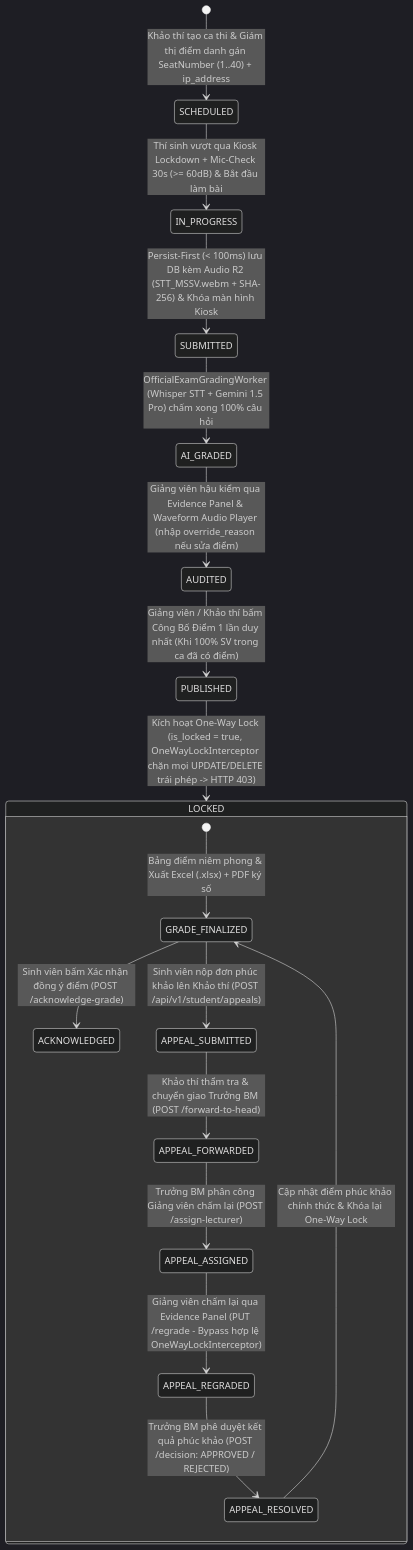
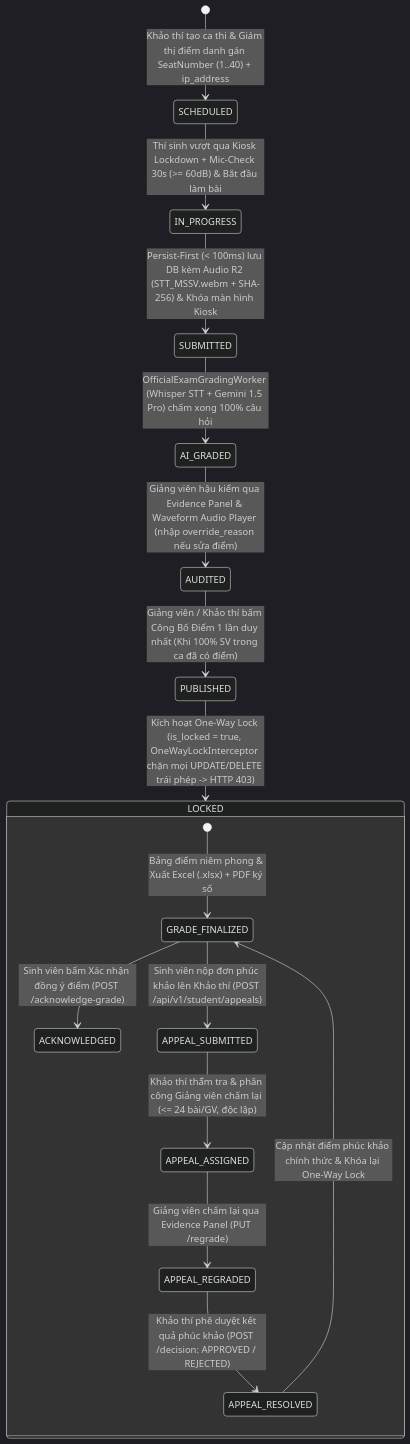
Before and after one commit to An-LLM-based-Oral-Examination/oral-exam-system: diagram 18 of 28 in docs/01_architecture/MASTER_ARCHITECTURE.md, drawn with Mermaid (dark theme). The commit also changed other lines of this file and 199 other files, not shown here.

Commit message:
feat(backend): complete MF-01 to MF-05 3NF schema, zero-bypass fixes, 6-course seed data and FE-BE API contracts

````diff
--- a/docs/01_architecture/MASTER_ARCHITECTURE.md
+++ b/docs/01_architecture/MASTER_ARCHITECTURE.md
@@ -1688,21 +1752,20 @@
 ```mermaid
 stateDiagram-v2
     [*] --> SCHEDULED: Khảo thí tạo ca thi & Giám thị điểm danh gán SeatNumber (1..40) + ip_address
     SCHEDULED --> IN_PROGRESS: Thí sinh vượt qua Kiosk Lockdown + Mic-Check 30s (>= 60dB) & Bắt đầu làm bài
     IN_PROGRESS --> SUBMITTED: Persist-First (< 100ms) lưu DB kèm Audio R2 (STT_MSSV.webm + SHA-256) & Khóa màn hình Kiosk
     SUBMITTED --> AI_GRADED: OfficialExamGradingWorker (Whisper STT + Gemini 1.5 Pro) chấm xong 100% câu hỏi
     AI_GRADED --> AUDITED: Giảng viên hậu kiểm qua Evidence Panel & Waveform Audio Player (nhập override_reason nếu sửa điểm)
     AUDITED --> PUBLISHED: Giảng viên / Khảo thí bấm Công Bố Điểm 1 lần duy nhất (Khi 100% SV trong ca đã có điểm)
     PUBLISHED --> LOCKED: Kích hoạt One-Way Lock (is_locked = true, OneWayLockInterceptor chặn mọi UPDATE/DELETE trái phép -> HTTP 403)
 
     state LOCKED {
         [*] --> GRADE_FINALIZED: Bảng điểm niêm phong & Xuất Excel (.xlsx) + PDF ký số
         GRADE_FINALIZED --> ACKNOWLEDGED: Sinh viên bấm Xác nhận đồng ý điểm (POST /acknowledge-grade)
         GRADE_FINALIZED --> APPEAL_SUBMITTED: Sinh viên nộp đơn phúc khảo lên Khảo thí (POST /api/v1/student/appeals)
-        APPEAL_SUBMITTED --> APPEAL_FORWARDED: Khảo thí thẩm tra & chuyển giao Trưởng BM (POST /forward-to-head)
-        APPEAL_FORWARDED --> APPEAL_ASSIGNED: Trưởng BM phân công Giảng viên chấm lại (POST /assign-lecturer)
-        APPEAL_ASSIGNED --> APPEAL_REGRADED: Giảng viên chấm lại qua Evidence Panel (PUT /regrade - Bypass hợp lệ OneWayLockInterceptor)
-        APPEAL_REGRADED --> APPEAL_RESOLVED: Trưởng BM phê duyệt kết quả phúc khảo (POST /decision: APPROVED / REJECTED)
+        APPEAL_SUBMITTED --> APPEAL_ASSIGNED: Khảo thí thẩm tra & phân công Giảng viên chấm lại (<= 24 bài/GV, độc lập)
+        APPEAL_ASSIGNED --> APPEAL_REGRADED: Giảng viên chấm lại qua Evidence Panel (PUT /regrade)
+        APPEAL_REGRADED --> APPEAL_RESOLVED: Khảo thí phê duyệt kết quả phúc khảo (POST /decision: APPROVED / REJECTED)
         APPEAL_RESOLVED --> GRADE_FINALIZED: Cập nhật điểm phúc khảo chính thức & Khóa lại One-Way Lock
     }
 ```
````
